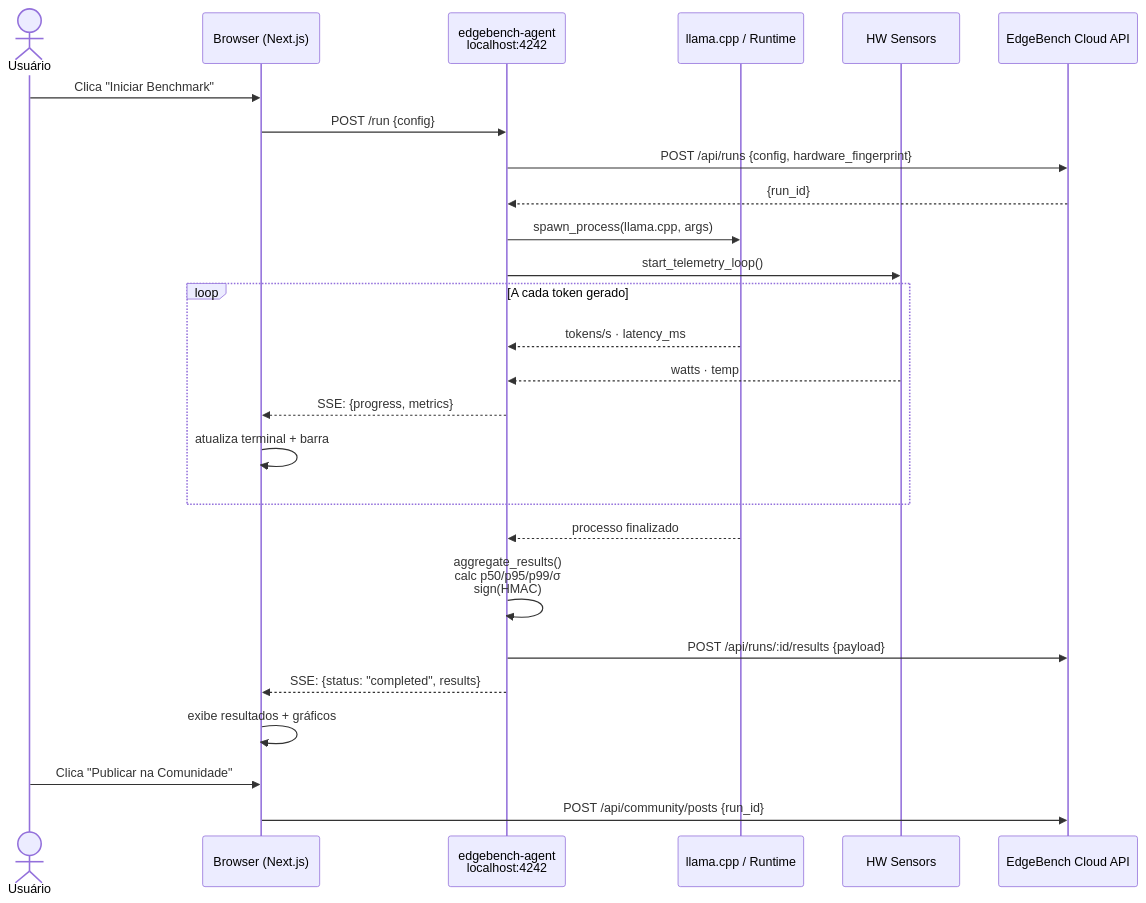
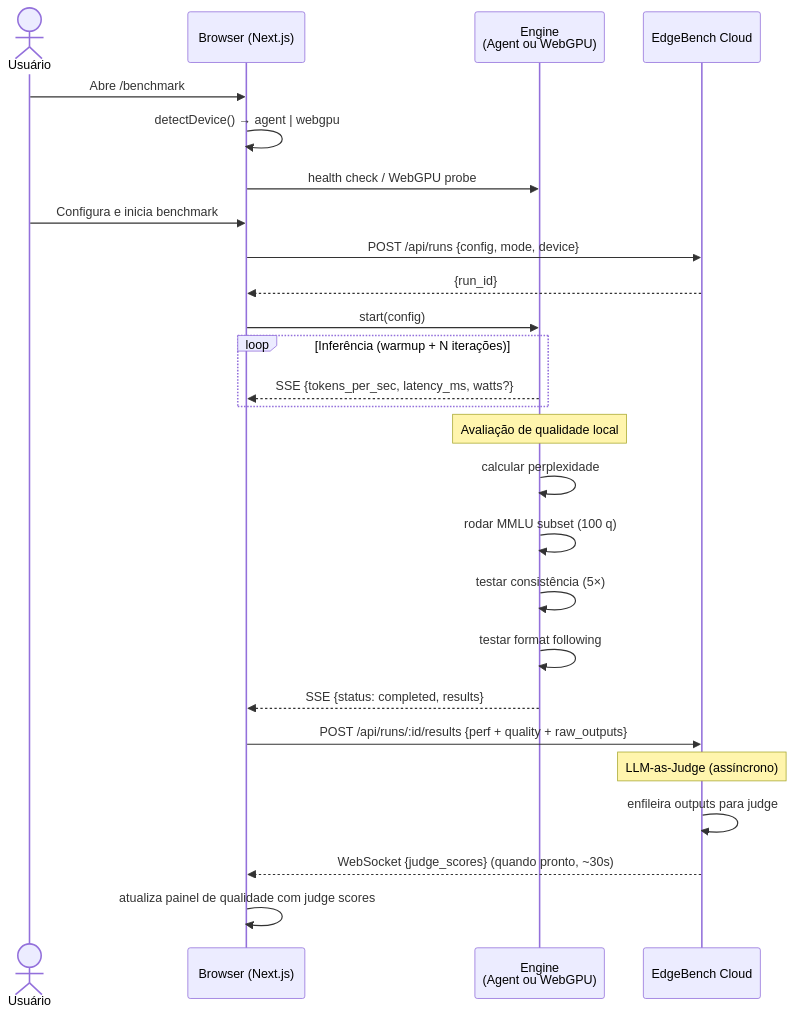
The fifth of 7 diagrams in docs/architecture.md (maktheus/Tcc-front-env-v3), drawn with Mermaid before and after one commit. The commit also changed other lines of this file and 2 other files, not shown here.

First line of the commit message:
feat: dual-path architecture (Agent + WebGPU) + quality benchmarks

````diff
--- a/docs/architecture.md
+++ b/docs/architecture.md
@@ -94,33 +162,35 @@
 ```mermaid
 sequenceDiagram
     actor U as Usuário
-    participant BR as Browser (Next.js)
-    participant AG as edgebench-agent<br/>localhost:4242
-    participant CLI as llama.cpp / Runtime
-    participant HW as HW Sensors
-    participant API as EdgeBench Cloud API
+    participant UI as Browser (Next.js)
+    participant ENG as Engine<br/>(Agent ou WebGPU)
+    participant API as EdgeBench Cloud
 
-    U->>BR: Clica "Iniciar Benchmark"
-    BR->>AG: POST /run {config}
-    AG->>API: POST /api/runs {config, hardware_fingerprint}
-    API-->>AG: {run_id}
+    U->>UI: Abre /benchmark
+    UI->>UI: detectDevice() → agent | webgpu
+    UI->>ENG: health check / WebGPU probe
 
-    AG->>CLI: spawn_process(llama.cpp, args)
-    AG->>HW: start_telemetry_loop()
+    U->>UI: Configura e inicia benchmark
+    UI->>API: POST /api/runs {config, mode, device}
+    API-->>UI: {run_id}
 
-    loop A cada token gerado
-        CLI-->>AG: tokens/s · latency_ms
-        HW-->>AG: watts · temp
-        AG-->>BR: SSE: {progress, metrics}
-        BR->>BR: atualiza terminal + barra
+    UI->>ENG: start(config)
+
+    loop Inferência (warmup + N iterações)
+        ENG-->>UI: SSE {tokens_per_sec, latency_ms, watts?}
     end
 
-    CLI-->>AG: processo finalizado
-    AG->>AG: aggregate_results()<br/>calc p50/p95/p99/σ<br/>sign(HMAC)
-    AG->>API: POST /api/runs/:id/results {payload}
-    AG-->>BR: SSE: {status: "completed", results}
+    Note over ENG: Avaliação de qualidade local
+    ENG->>ENG: calcular perplexidade
+    ENG->>ENG: rodar MMLU subset (100 q)
+    ENG->>ENG: testar consistência (5×)
+    ENG->>ENG: testar format following
 
-    BR->>BR: exibe resultados + gráficos
-    U->>BR: Clica "Publicar na Comunidade"
-    BR->>API: POST /api/community/posts {run_id}
+    ENG-->>UI: SSE {status: completed, results}
+    UI->>API: POST /api/runs/:id/results {perf + quality + raw_outputs}
+
+    Note over API: LLM-as-Judge (assíncrono)
+    API->>API: enfileira outputs para judge
+    API-->>UI: WebSocket {judge_scores} (quando pronto, ~30s)
+    UI->>UI: atualiza painel de qualidade com judge scores
 ```
````
